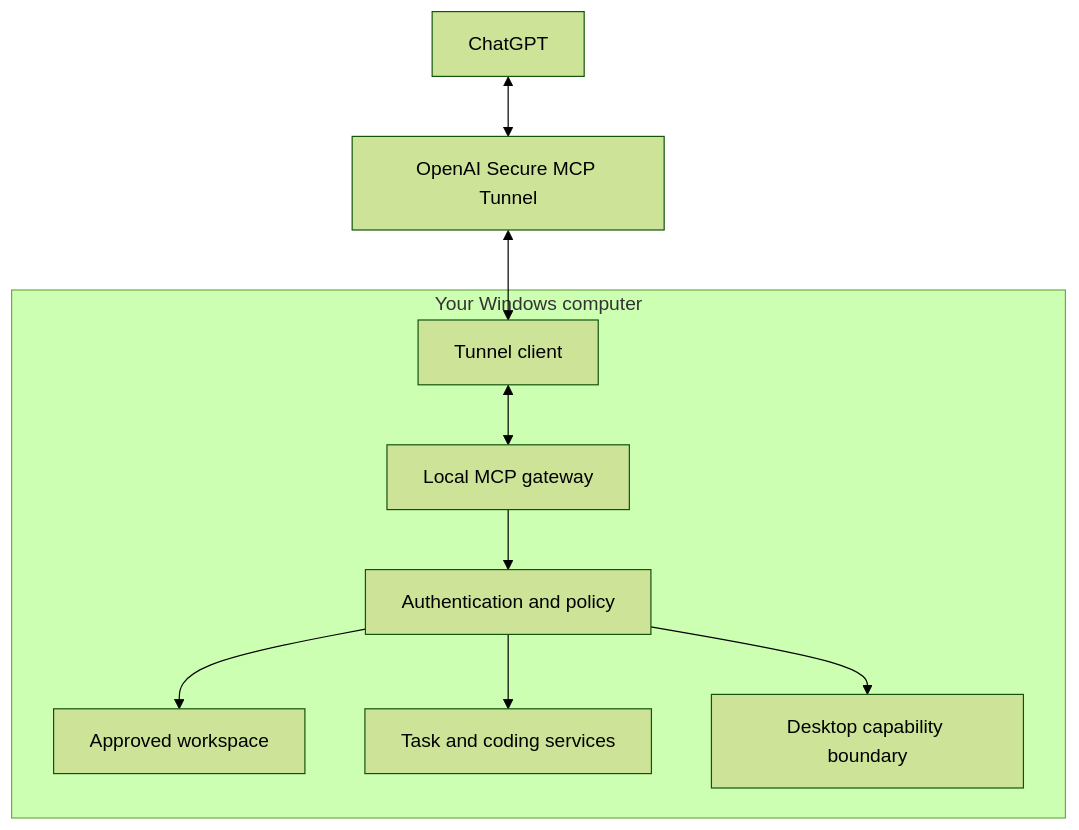
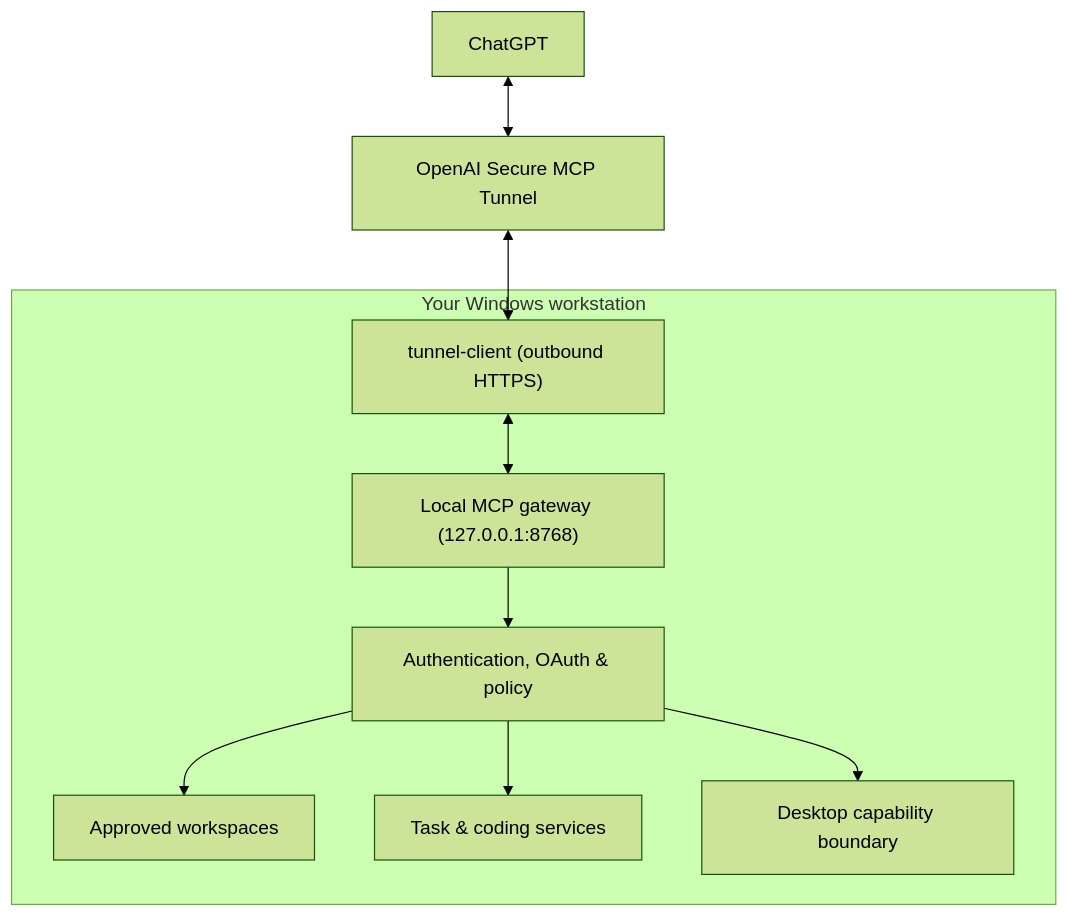
The diagram in README.md (phuonghuster7/winowner-mcp), drawn with Mermaid (forest theme) before and after one commit. The commit also changed other lines of this file and 27 other files, not shown here.

````diff
--- a/README.md
+++ b/README.md
@@ -34,12 +34,12 @@
 ```mermaid
 flowchart TD
   C["ChatGPT"] <--> T["OpenAI Secure MCP Tunnel"]
-  subgraph W["Your Windows computer"]
-    A["Tunnel client"] <--> G["Local MCP gateway"]
-    G --> P["Authentication and policy"]
-    P --> F["Approved workspace"]
-    P --> J["Task and coding services"]
+  subgraph W["Your Windows workstation"]
+    A["tunnel-client (outbound HTTPS)"] <--> G["Local MCP gateway (127.0.0.1:8768)"]
+    G --> P["Authentication, OAuth & policy"]
+    P --> F["Approved workspaces"]
+    P --> J["Task & coding services"]
     P --> D["Desktop capability boundary"]
   end
   T <--> A
 ```
````
